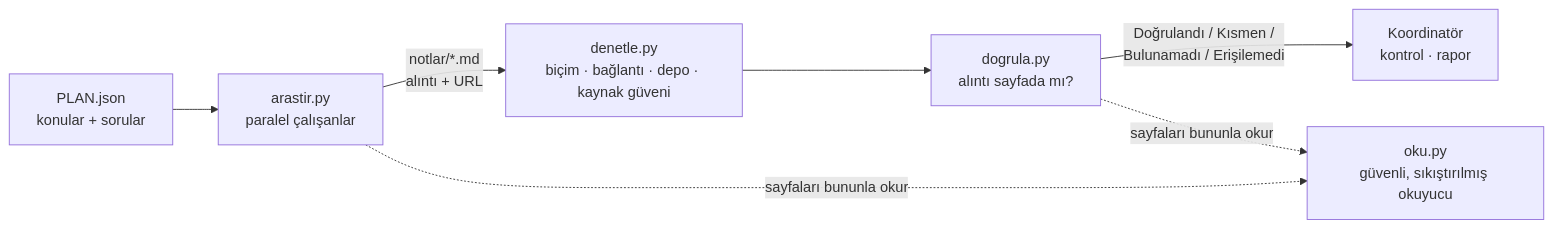
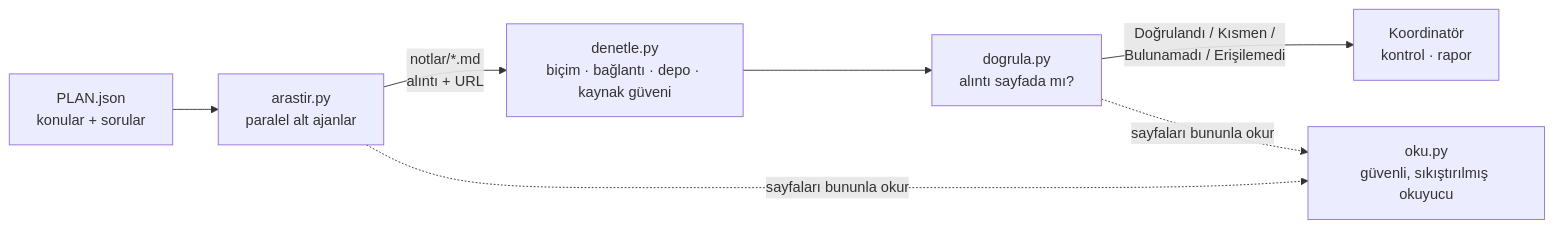
One commit to mesutbsdgn/quoteproof changed the diagram in README.tr.md. Above: the diagram before and after it, drawn with Mermaid. The commit also changed other lines of this file and 2 other files, not shown here.

````diff
--- a/README.tr.md
+++ b/README.tr.md
@@ -54,9 +54,9 @@
 ```mermaid
 flowchart LR
-    A[PLAN.json<br/>konular + sorular] --> B[arastir.py<br/>paralel çalışanlar]
+    A[PLAN.json<br/>konular + sorular] --> B[arastir.py<br/>paralel alt ajanlar]
     B -->|notlar/*.md<br/>alıntı + URL| C[denetle.py<br/>biçim · bağlantı · depo · kaynak güveni]
     C --> D[dogrula.py<br/>alıntı sayfada mı?]
     D -->|Doğrulandı / Kısmen /<br/>Bulunamadı / Erişilemedi| E[Koordinatör<br/>kontrol · rapor]
     B -. sayfaları bununla okur .-> F[oku.py<br/>güvenli, sıkıştırılmış okuyucu]
     D -. sayfaları bununla okur .-> F
 ```
````
